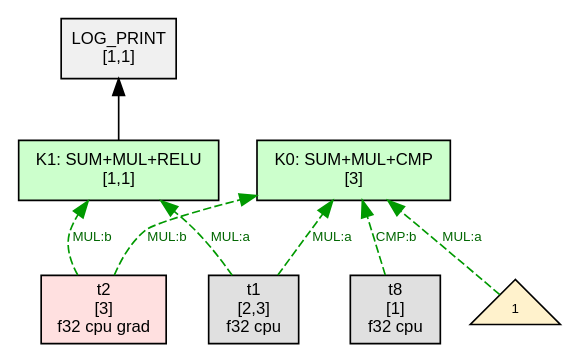
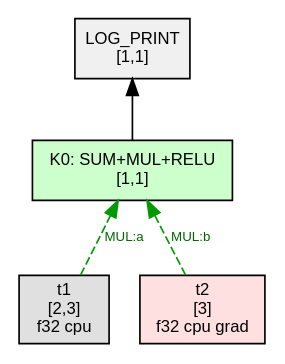
One commit to sw1sh/TinyHVM changed the diagram in phase2_graphs/tiny_single_param/thvm_2_post_sched.dot. Above: the diagram before and after it, drawn with Graphviz. The commit also changed 993 other files, not shown here.

First line of the commit message:
test: refresh canonical phase graph archives

```diff
--- a/phase2_graphs/tiny_single_param/thvm_2_post_sched.dot
+++ b/phase2_graphs/tiny_single_param/thvm_2_post_sched.dot
@@ -1,20 +1,13 @@
 digraph G {
   rankdir=BT;
   node [fontname="Helvetica", fontsize=10, style=filled, shape=box, margin="0.1,0.05"];
   edge [fontsize=8, fontname="Helvetica"];
 
-  n205 [label="K1: SUM+MUL+RELU\n[1,1]", shape=box, fillcolor="#ccffcc"];
+  n38 [label="K0: SUM+MUL+RELU\n[1,1]", shape=box, fillcolor="#ccffcc"];
   n23 [label="LOG_PRINT\n[1,1]", shape=box, fillcolor="#f0f0f0"];
-  n205 -> n23 [label=""];
-  n203 [label="K0: SUM+MUL+CMP\n[3]", shape=box, fillcolor="#ccffcc"];
+  n38 -> n23 [label=""];
   t1 [label="t1\n[2,3]\nf32 cpu",shape=box,fillcolor="#e0e0e0"];
-  t1 -> n205 [style=dashed,color="#009900",fontcolor="#006600",label="MUL:a"];
+  t1 -> n38 [style=dashed,color="#009900",fontcolor="#006600",label="MUL:a"];
   t2 [label="t2\n[3]\nf32 cpu grad",shape=box,fillcolor="#ffe0e0"];
-  t2 -> n205 [style=dashed,color="#009900",fontcolor="#006600",label="MUL:b"];
-  numleaf203_0 [label="1",shape=triangle,fillcolor="#fff2cc",fontsize=8];
-  numleaf203_0 -> n203 [style=dashed,color="#009900",fontcolor="#006600",label="MUL:a"];
-  t1 -> n203 [style=dashed,color="#009900",fontcolor="#006600",label="MUL:a"];
-  t2 -> n203 [style=dashed,color="#009900",fontcolor="#006600",label="MUL:b"];
-  t8 [label="t8\n[1]\nf32 cpu",shape=box,fillcolor="#e0e0e0"];
-  t8 -> n203 [style=dashed,color="#009900",fontcolor="#006600",label="CMP:b"];
+  t2 -> n38 [style=dashed,color="#009900",fontcolor="#006600",label="MUL:b"];
 }
```
